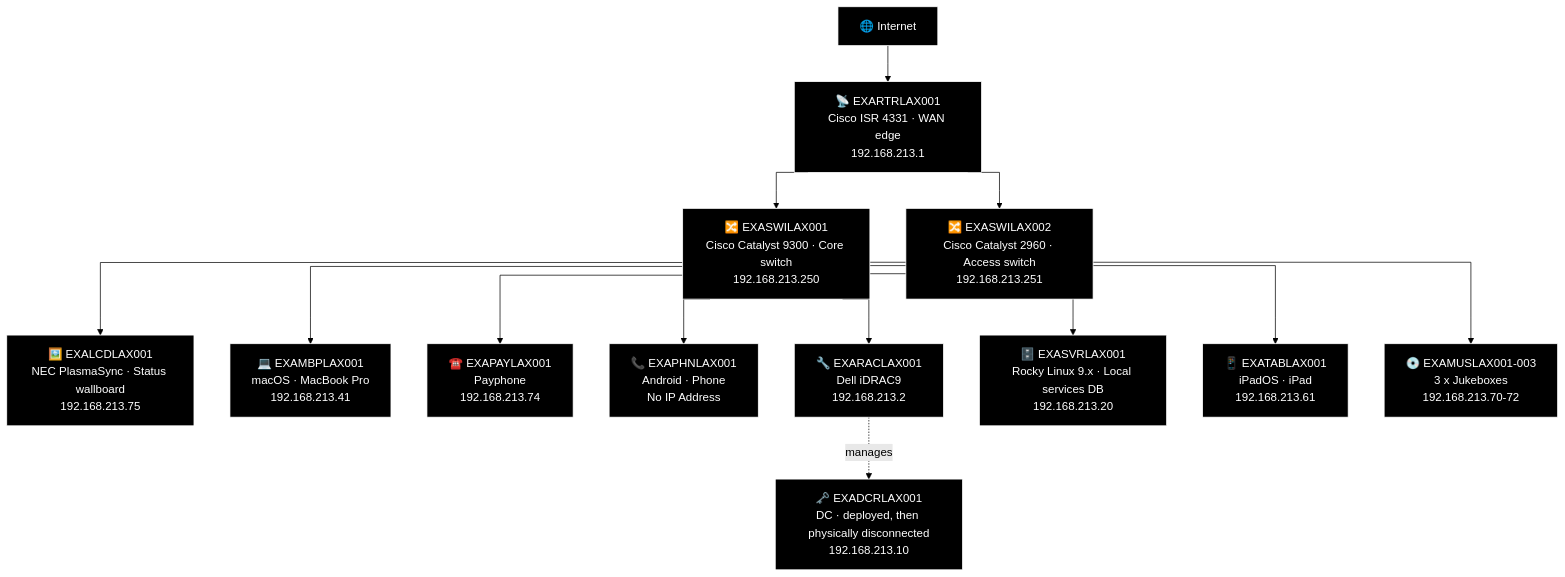
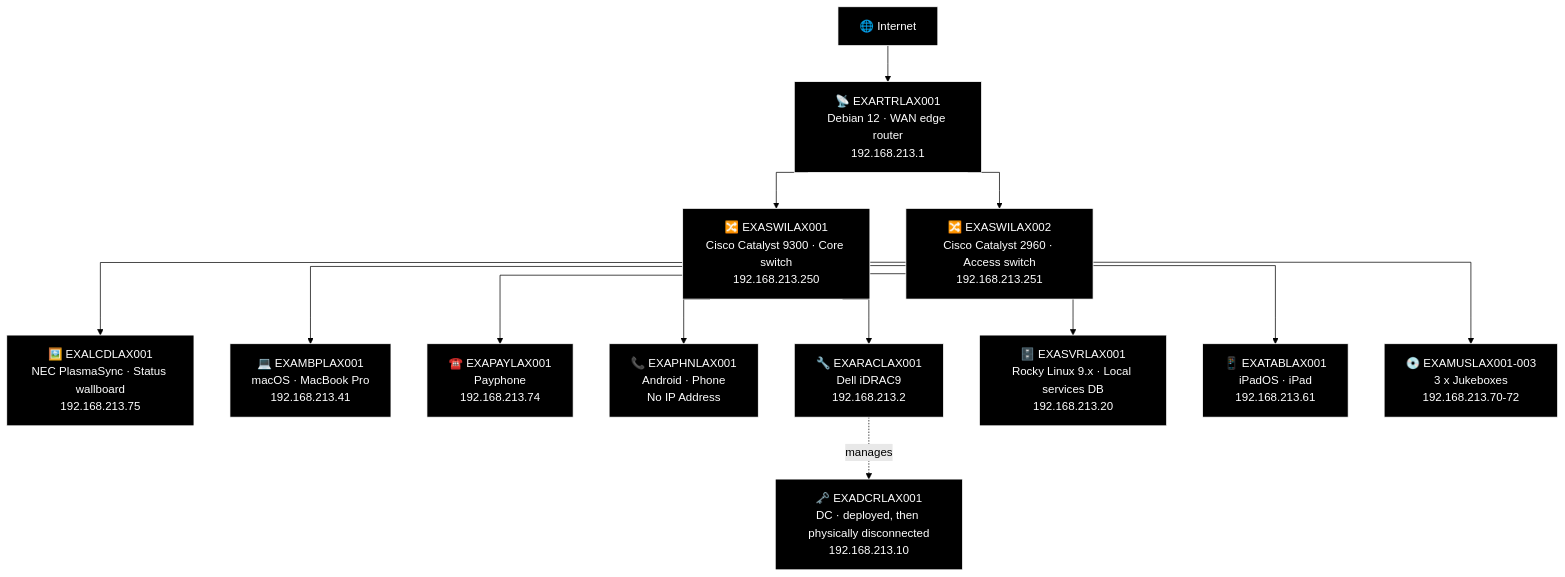
One commit to knightmare2600/example_music_infra changed the first of 21 diagrams in docs/network-diagram/united-states.md. Above: the diagram before and after it, drawn with Mermaid (forest theme). The commit also changed other lines of this file and 9 other files, not shown here.

````diff
--- a/docs/network-diagram/united-states.md
+++ b/docs/network-diagram/united-states.md
@@ -35,45 +35,45 @@
 ```mermaid
 %% GENERATED:OLDNETWORK:LAX:START
 %%{init: {'flowchart': {'curve': 'stepAfter'}}}%%
 graph TD
     O_INET["🌐 Internet"]
-    O_RTR["📡 EXARTRLAX001<br/>Cisco ISR 4331 · WAN edge<br/>192.168.213.1"]
+    O_RTR["📡 EXARTRLAX001<br/>Debian 12 · WAN edge router<br/>192.168.213.1"]
     O_SWI1["🔀 EXASWILAX001<br/>Cisco Catalyst 9300 · Core switch<br/>192.168.213.250"]
     O_SWI2["🔀 EXASWILAX002<br/>Cisco Catalyst 2960 · Access switch<br/>192.168.213.251"]
     O_DCR["🗝️ EXADCRLAX001<br/>DC · deployed, then physically disconnected<br/>192.168.213.10"]
     O_LCD["🖼️ EXALCDLAX001<br/>NEC PlasmaSync · Status wallboard<br/>192.168.213.75"]
     O_MBP["💻 EXAMBPLAX001<br/>macOS · MacBook Pro<br/>192.168.213.41"]
     O_PAY["☎️ EXAPAYLAX001<br/>Payphone<br/>192.168.213.74"]
     O_PHN["📞 EXAPHNLAX001<br/>Android · Phone<br/>No IP Address"]
     O_RAC["🔧 EXARACLAX001<br/>Dell iDRAC9<br/>192.168.213.2"]
     O_SVR["🗄️ EXASVRLAX001<br/>Rocky Linux 9.x · Local services DB<br/>192.168.213.20"]
     O_TAB["📱 EXATABLAX001<br/>iPadOS · iPad<br/>192.168.213.61"]
     O_MUS["💿 EXAMUSLAX001-003<br/>3 x Jukeboxes<br/>192.168.213.70-72"]
     O_INET --> O_RTR
     O_RTR --> O_SWI1
     O_RTR --> O_SWI2
     O_SWI1 --> O_LCD
     O_SWI1 --> O_MBP
     O_SWI1 --> O_PAY
     O_SWI1 --> O_PHN
     O_SWI1 --> O_RAC
     O_RAC -.->|"manages"| O_DCR
     O_SWI1 --> O_SVR
     O_SWI1 --> O_TAB
     O_SWI1 --> O_MUS
 
     style O_INET fill:#000000,stroke:#FFFFFF,color:#FFFFFF
     style O_RTR fill:#000000,stroke:#FFFFFF,color:#FFFFFF
     style O_SWI1 fill:#000000,stroke:#FFFFFF,color:#FFFFFF
     style O_SWI2 fill:#000000,stroke:#FFFFFF,color:#FFFFFF
     style O_DCR fill:#000000,stroke:#FFFFFF,color:#FFFFFF
     style O_LCD fill:#000000,stroke:#FFFFFF,color:#FFFFFF
     style O_MBP fill:#000000,stroke:#FFFFFF,color:#FFFFFF
     style O_PAY fill:#000000,stroke:#FFFFFF,color:#FFFFFF
     style O_PHN fill:#000000,stroke:#FFFFFF,color:#FFFFFF
     style O_RAC fill:#000000,stroke:#FFFFFF,color:#FFFFFF
     style O_SVR fill:#000000,stroke:#FFFFFF,color:#FFFFFF
     style O_TAB fill:#000000,stroke:#FFFFFF,color:#FFFFFF
     style O_MUS fill:#000000,stroke:#FFFFFF,color:#FFFFFF
 %% GENERATED:OLDNETWORK:LAX:END
 ```
````
